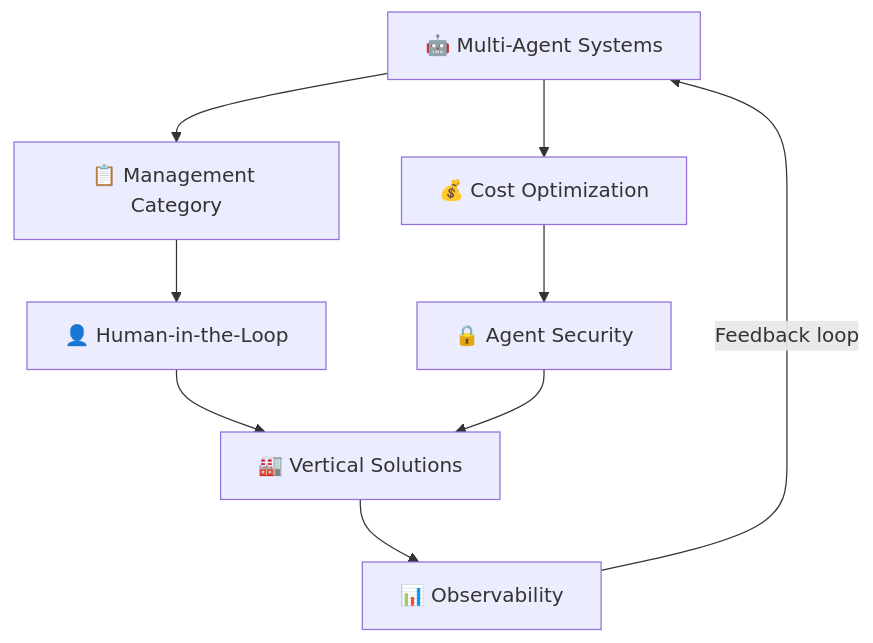
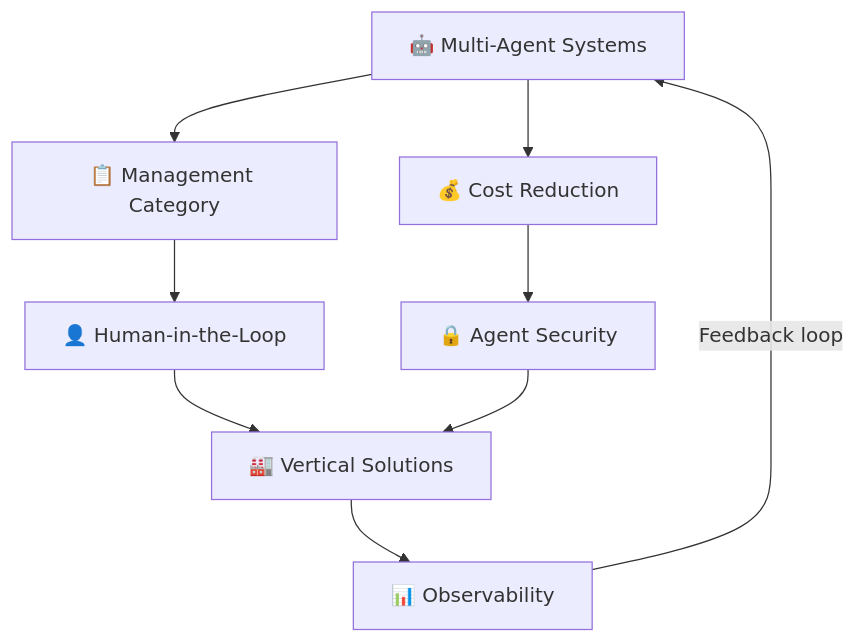
Before and after one commit to MissionControlSquad/website: the diagram in content/blog/ai-agent-trends-2026.mdx, drawn with Mermaid. The commit also changed other lines of this file and 36 other files, not shown here.

````diff
--- a/content/blog/ai-agent-trends-2026.mdx
+++ b/content/blog/ai-agent-trends-2026.mdx
@@ -139,11 +139,11 @@
 ```mermaid
 graph TD
     A["🤖 Multi-Agent Systems"] --> B["📋 Management Category"]
-    A --> C["💰 Cost Optimization"]
+    A --> C["💰 Cost Reduction"]
     B --> D["👤 Human-in-the-Loop"]
     C --> E["🔒 Agent Security"]
     D --> F["🏭 Vertical Solutions"]
     E --> F
     F --> G["📊 Observability"]
     G -->|"Feedback loop"| A
 ```
````
